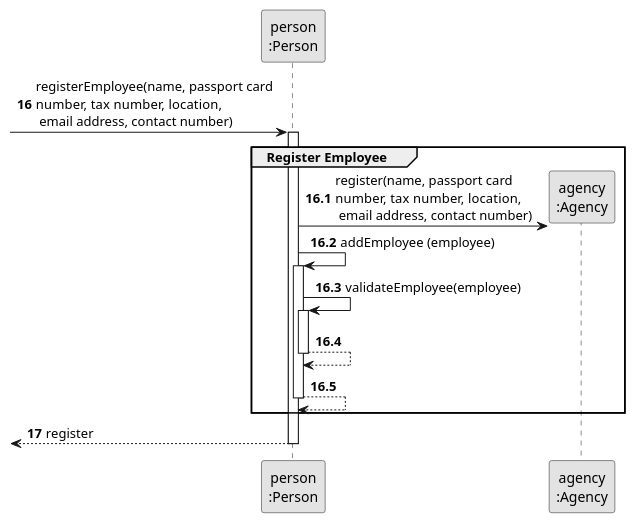
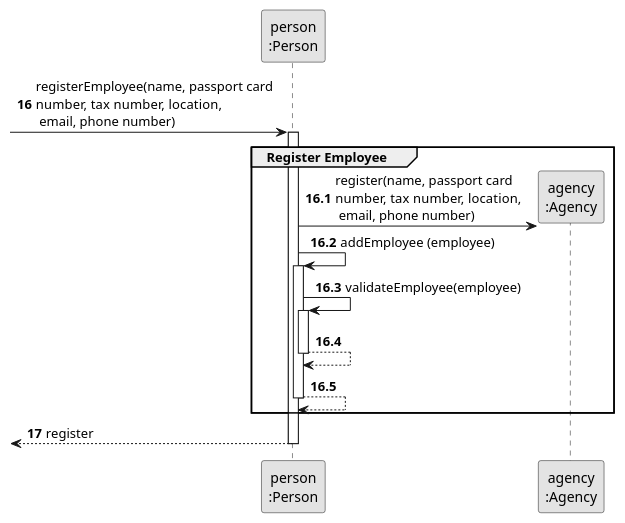
One commit to rita-barbosa/LAPR2-2223 changed the diagram in docs/sprintB/us003/03.design/puml/us003-sequence-diagram-partial-register-employee.puml. Above: the diagram before and after it, drawn with PlantUML. The commit also changed 5 other files, not shown here.

```diff
--- a/docs/sprintB/us003/03.design/puml/us003-sequence-diagram-partial-register-employee.puml
+++ b/docs/sprintB/us003/03.design/puml/us003-sequence-diagram-partial-register-employee.puml
@@ -1,34 +1,34 @@
 @startuml
 skinparam monochrome true
 skinparam packageStyle rectangle
 skinparam shadowing false
 
 participant "person\n:Person" as PERSON
 participant "agency\n:Agency" as AGENCY
 
 autonumber 16
--> PERSON: registerEmployee(name, passport card \nnumber, tax number, location,\n email address, contact number)
+-> PERSON: registerEmployee(name, passport card \nnumber, tax number, location,\n email, phone number)
 
 autonumber 16.1
 activate PERSON
     group Register Employee
 
-        PERSON -> AGENCY**: register(name, passport card \nnumber, tax number, location,\n email address, contact number)
+        PERSON -> AGENCY**: register(name, passport card \nnumber, tax number, location,\n email, phone number)
         PERSON -> PERSON: addEmployee (employee)
 
         activate PERSON
             PERSON -> PERSON: validateEmployee(employee)
             activate PERSON
                 PERSON --> PERSON
             deactivate PERSON
 
             PERSON --> PERSON
         deactivate PERSON
     end
 
     autonumber 17
     <-- PERSON : register
 deactivate PERSON
 
 
 @enduml
```
